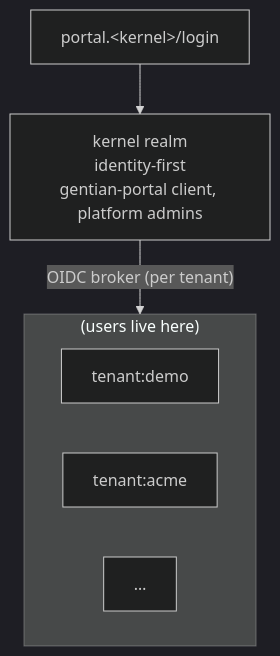
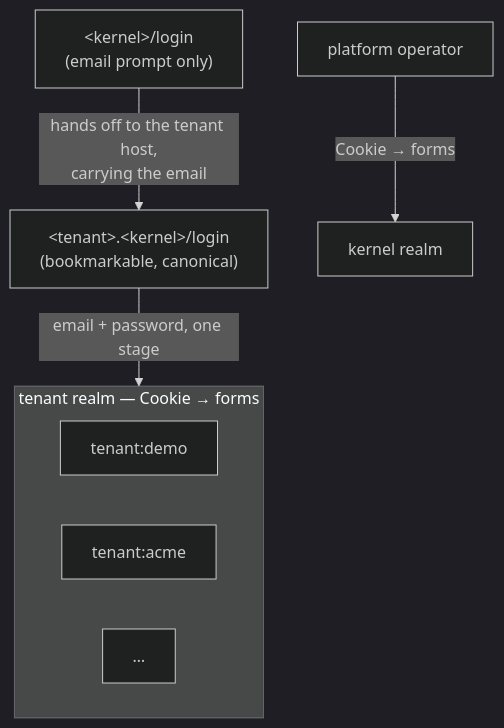
Before and after one commit to gentian-org/gentian-os: the first of 2 diagrams in docs/design/admin-console.md, drawn with Mermaid (dark theme). The commit also changed other lines of this file and 7 other files, not shown here.

````diff
--- a/docs/design/admin-console.md
+++ b/docs/design/admin-console.md
@@ -81,17 +84,17 @@
 ```mermaid
 flowchart TD
-    Login["portal.&lt;kernel&gt;/login"]
-    
-    KernelRealm["kernel realm<br>identity-first<br>gentian-portal client, platform admins"]
-    
-    Login --> KernelRealm
-    
-    KernelRealm -->|"OIDC broker (per tenant)"| Tenants
-    
-    subgraph Tenants ["(users live here)"]
+    TenantHost["&lt;tenant&gt;.&lt;kernel&gt;/login<br>(bookmarkable, canonical)"]
+    Apex["&lt;kernel&gt;/login<br>(email prompt only)"]
+
+    TenantHost -->|"email + password, one stage"| TenantRealm
+    Apex -->|"hands off to the tenant host,<br>carrying the email"| TenantHost
+
+    subgraph TenantRealm ["tenant realm — Cookie → forms"]
         direction LR
         TenantDemo["tenant:demo"]
         TenantAcme["tenant:acme"]
         TenantOthers["…"]
     end
+
+    Ops["platform operator"] -->|"Cookie → forms"| KernelRealm["kernel realm"]
 ```
````
